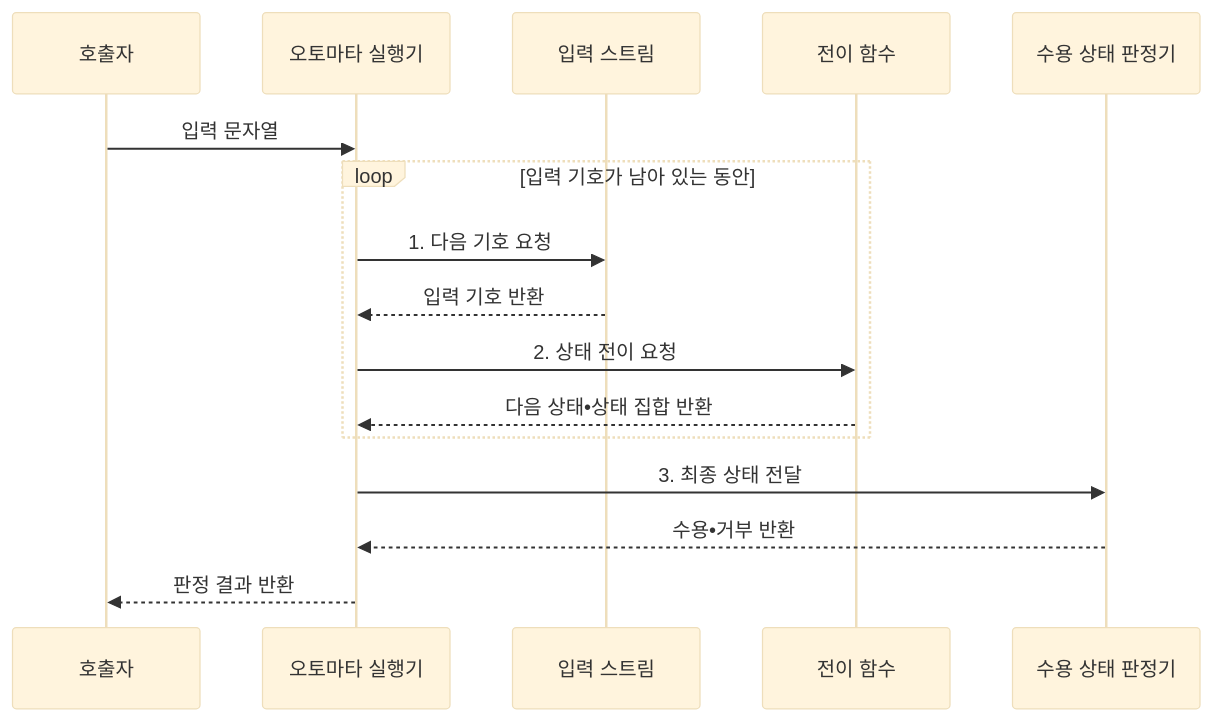
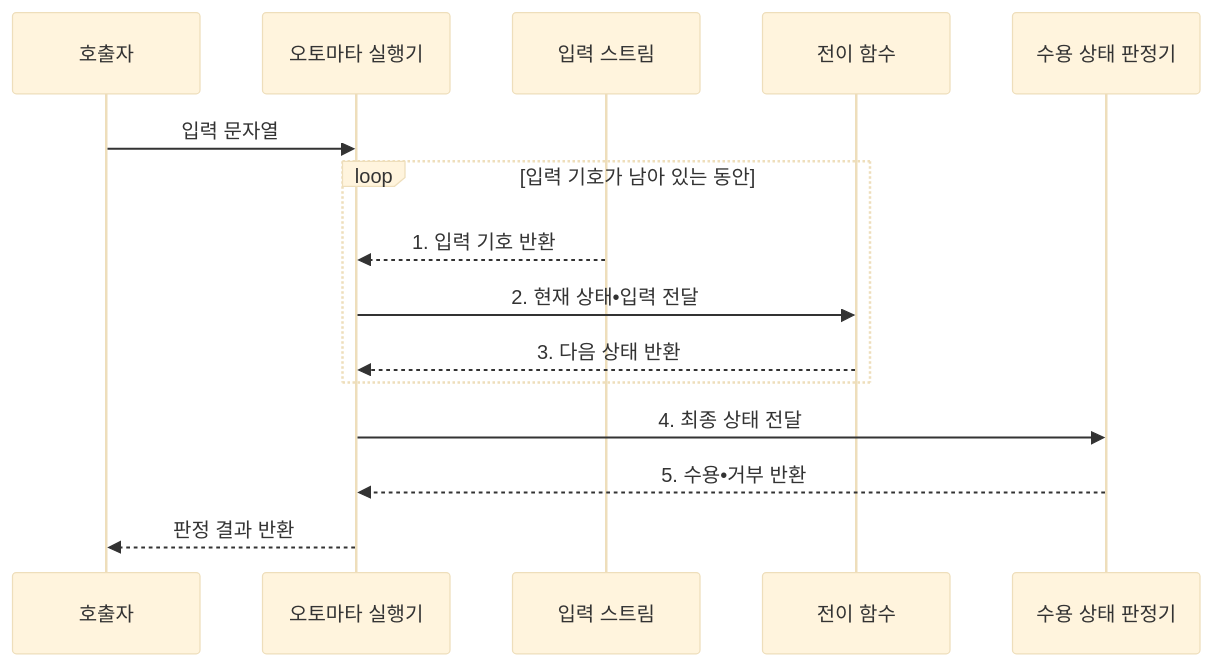
Before and after one commit to agnusdei1207/knowledge-base: the second of 2 diagrams in src/content/docs/notes/01-basic-theory/020_automata_theory.md, drawn with Mermaid (base theme). The commit also changed other lines of this file and 19 other files, not shown here.

````diff
--- a/src/content/docs/notes/01-basic-theory/020_automata_theory.md
+++ b/src/content/docs/notes/01-basic-theory/020_automata_theory.md
@@ -95,18 +94,17 @@
 ```mermaid
 sequenceDiagram
     participant C as 호출자
     participant A as 오토마타 실행기
     participant I as 입력 스트림
     participant D as 전이 함수
     participant F as 수용 상태 판정기
     C->>A: 입력 문자열
     loop 입력 기호가 남아 있는 동안
-        A->>I: 1. 다음 기호 요청
-        I-->>A: 입력 기호 반환
-        A->>D: 2. 상태 전이 요청
-        D-->>A: 다음 상태•상태 집합 반환
+        I-->>A: 1. 입력 기호 반환
+        A->>D: 2. 현재 상태•입력 전달
+        D-->>A: 3. 다음 상태 반환
     end
-    A->>F: 3. 최종 상태 전달
-    F-->>A: 수용•거부 반환
+    A->>F: 4. 최종 상태 전달
+    F-->>A: 5. 수용•거부 반환
     A-->>C: 판정 결과 반환
 ```
````
